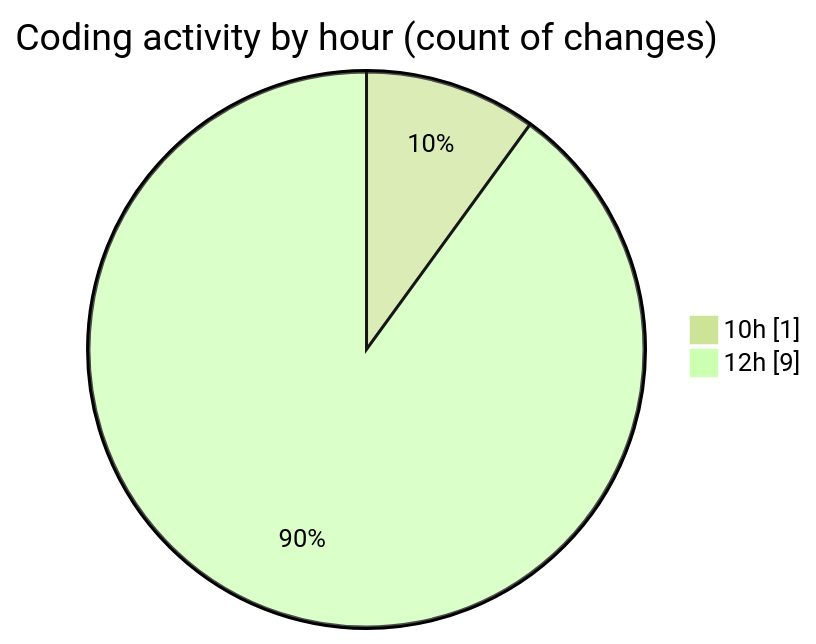
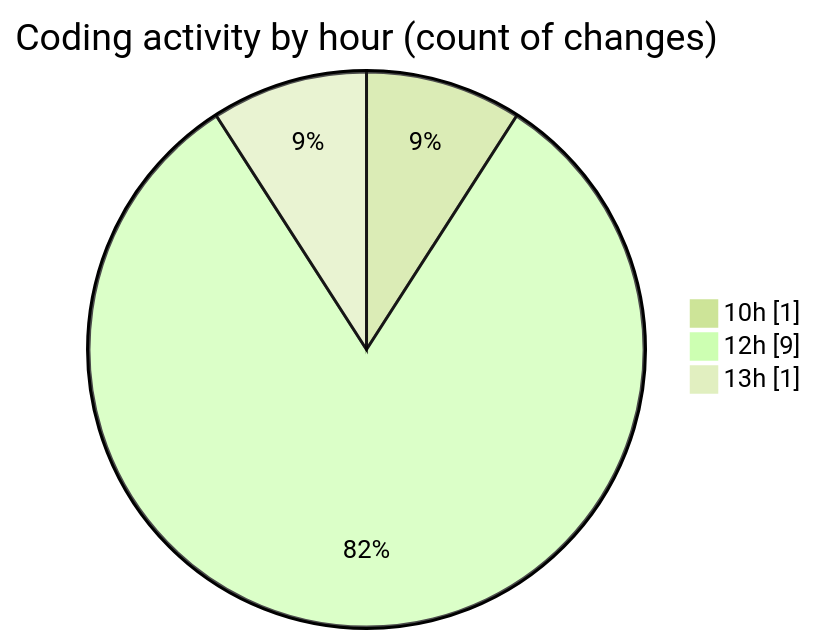
Before and after one commit to LanceThiago/code-tracking: the second of 2 diagrams in 2025-04-25/enre_-_calculadora_de_consumo_v_2022_files/README.md, drawn with Mermaid (forest theme). The commit also changed other lines of this file and 1 other file, not shown here.

````diff
--- a/2025-04-25/enre_-_calculadora_de_consumo_v_2022_files/README.md
+++ b/2025-04-25/enre_-_calculadora_de_consumo_v_2022_files/README.md
@@ -28,6 +28,7 @@
 ```mermaid
 pie showData
 title Coding activity by hour (count of changes)
 "10h" : 1
 "12h" : 9
+"13h" : 1
 ```
````
